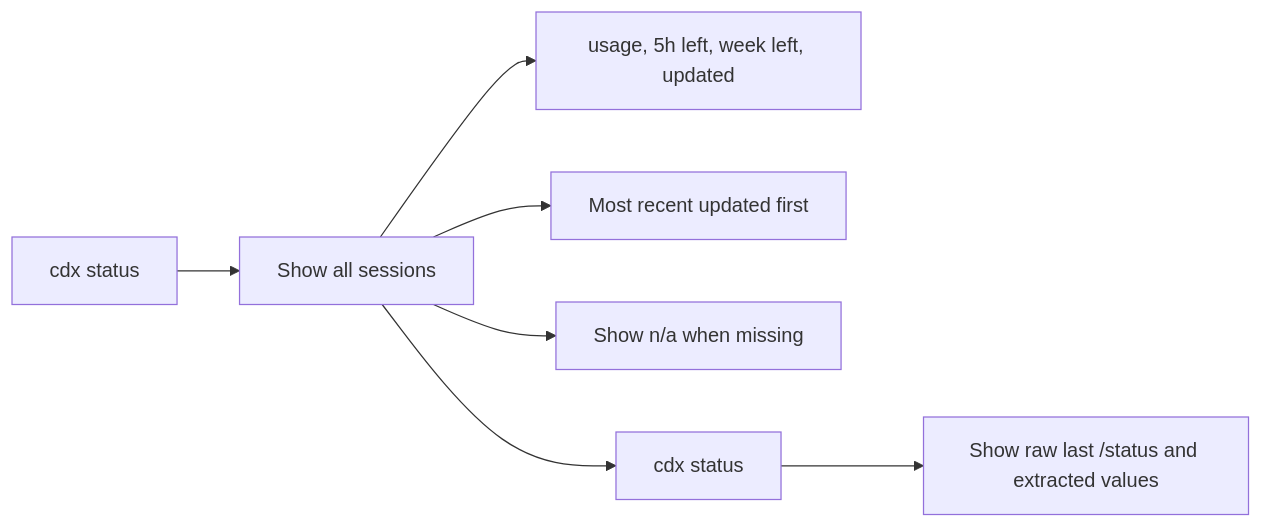
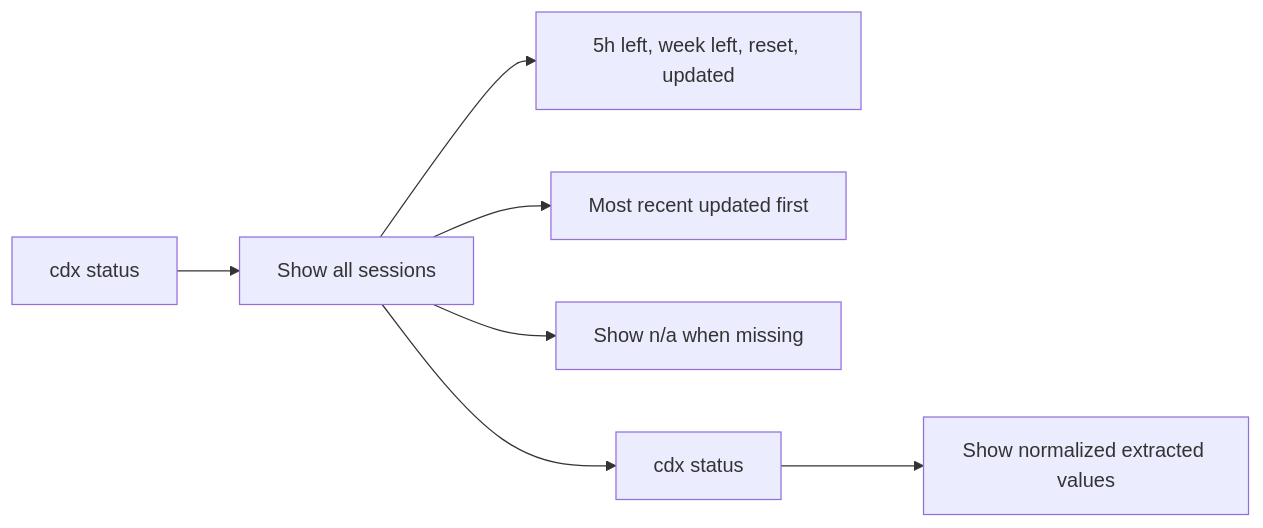
Before and after one commit to AlexAgo83/cdx-manager: the diagram in logics/specs/spec_002_cdx_status_output_format.md, drawn with Mermaid. The commit also changed other lines of this file and 44 other files, not shown here.

````diff
--- a/logics/specs/spec_002_cdx_status_output_format.md
+++ b/logics/specs/spec_002_cdx_status_output_format.md
@@ -11,9 +14,9 @@
 ```mermaid
 flowchart LR
     Start[cdx status] --> Global[Show all sessions]
-    Global --> Columns[usage, 5h left, week left, updated]
+    Global --> Columns[5h left, week left, reset, updated]
     Global --> Sort[Most recent updated first]
     Global --> Empty[Show n/a when missing]
     Global --> Detail[cdx status <name>]
-    Detail --> Raw[Show raw last /status and extracted values]
+    Detail --> Fields[Show normalized extracted values]
 ```
````
